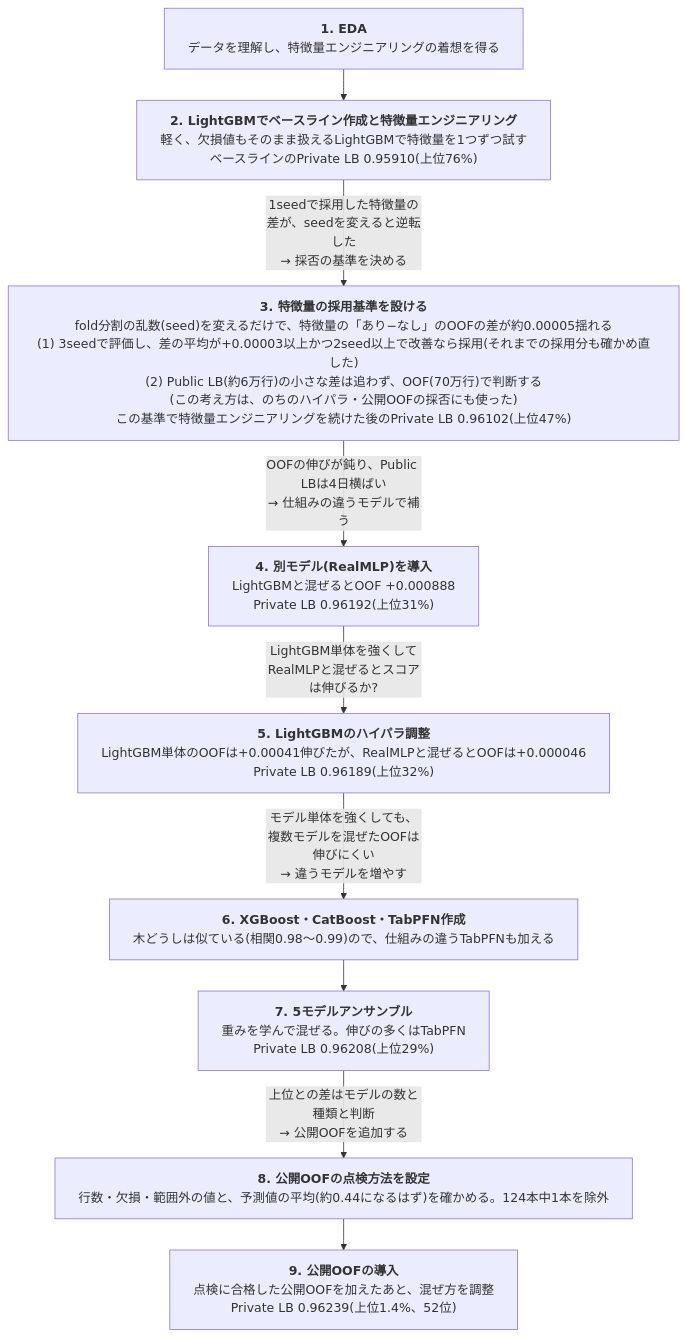
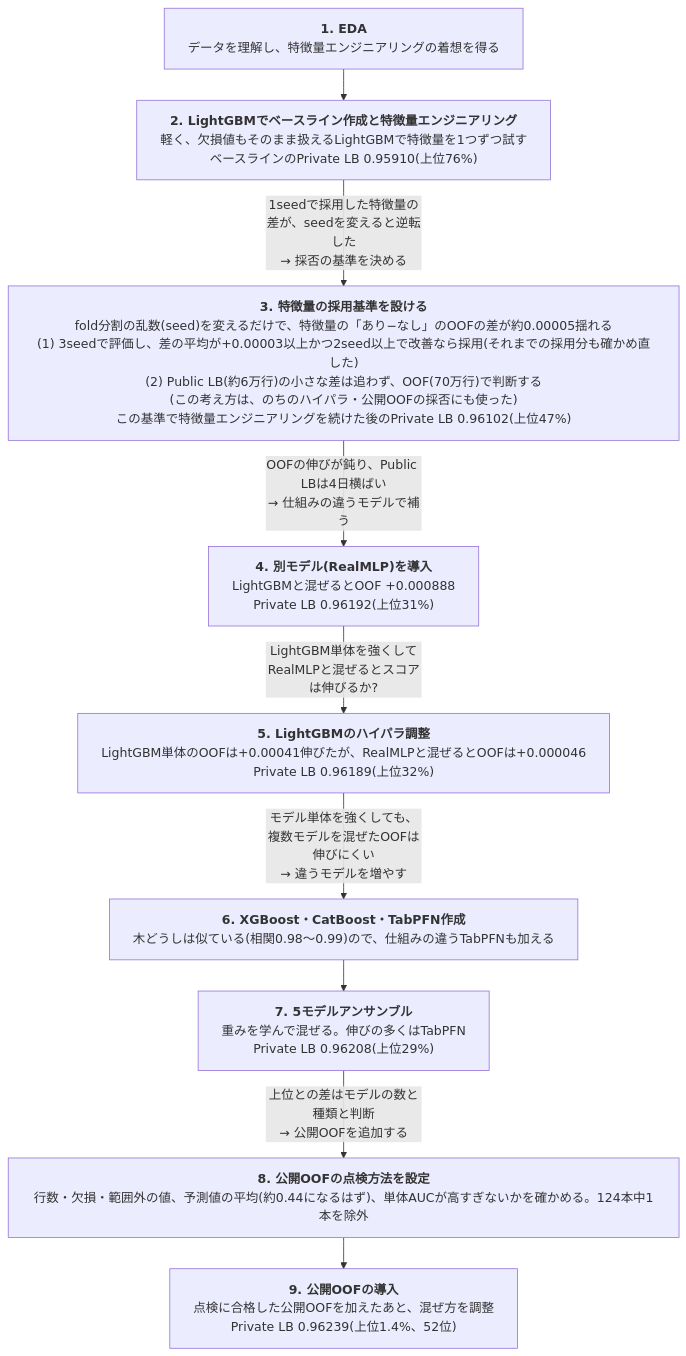
The first of 3 diagrams in README.md (aramaki5443-art/kaggle-s6e10-airline-satisfaction), drawn with Mermaid before and after one commit. The commit also changed other lines of this file, not shown here.

First line of the commit message:
README: 単変量AUCを0.743にそろえる、作った特徴量の16個と13種類の関係を明記、9の節の図を自分の4種類に、7の節の施策に試した理由を付けて9の節と同じ形に、点検の図に単体AUCの確認を追加

````diff
--- a/README.md
+++ b/README.md
@@ -21,25 +21,25 @@
 ```mermaid
 ---
 config:
   flowchart:
     wrappingWidth: 800
     rankSpacing: 40
 ---
 flowchart TD
   S1["<b>1. EDA</b><br>データを理解し、特徴量エンジニアリングの着想を得る"]
   S2["<b>2. LightGBMでベースライン作成と特徴量エンジニアリング</b><br>軽く、欠損値もそのまま扱えるLightGBMで特徴量を1つずつ試す<br>ベースラインのPrivate LB 0.95910(上位76%)"]
   SC["<b>3. 特徴量の採用基準を設ける</b><br>fold分割の乱数(seed)を変えるだけで、特徴量の「あり−なし」のOOFの差が約0.00005揺れる<br>(1) 3seedで評価し、差の平均が+0.00003以上かつ2seed以上で改善なら採用(それまでの採用分も確かめ直した)<br>(2) Public LB(約6万行)の小さな差は追わず、OOF(70万行)で判断する<br>(この考え方は、のちのハイパラ・公開OOFの採否にも使った)<br>この基準で特徴量エンジニアリングを続けた後のPrivate LB 0.96102(上位47%)"]
   S3["<b>4. 別モデル(RealMLP)を導入</b><br>LightGBMと混ぜるとOOF +0.000888<br>Private LB 0.96192(上位31%)"]
   S4["<b>5. LightGBMのハイパラ調整</b><br>LightGBM単体のOOFは+0.00041伸びたが、RealMLPと混ぜるとOOFは+0.000046<br>Private LB 0.96189(上位32%)"]
   S5["<b>6. XGBoost・CatBoost・TabPFN作成</b><br>木どうしは似ている(相関0.98〜0.99)ので、仕組みの違うTabPFNも加える"]
   S6["<b>7. 5モデルアンサンブル</b><br>重みを学んで混ぜる。伸びの多くはTabPFN<br>Private LB 0.96208(上位29%)"]
-  SK["<b>8. 公開OOFの点検方法を設定</b><br>行数・欠損・範囲外の値と、予測値の平均(約0.44になるはず)を確かめる。124本中1本を除外"]
+  SK["<b>8. 公開OOFの点検方法を設定</b><br>行数・欠損・範囲外の値、予測値の平均(約0.44になるはず)、単体AUCが高すぎないかを確かめる。124本中1本を除外"]
   S7["<b>9. 公開OOFの導入</b><br>点検に合格した公開OOFを加えたあと、混ぜ方を調整<br>Private LB 0.96239(上位1.4%、52位)"]
   S1 --> S2
   S2 -->|"1seedで採用した特徴量の差が、seedを変えると逆転した<br>→ 採否の基準を決める"| SC
   SC -->|"OOFの伸びが鈍り、Public LBは4日横ばい<br>→ 仕組みの違うモデルで補う"| S3
   S3 -->|"LightGBM単体を強くしてRealMLPと混ぜるとスコアは伸びるか?"| S4
   S4 -->|"モデル単体を強くしても、複数モデルを混ぜたOOFは伸びにくい<br>→ 違うモデルを増やす"| S5
   S5 --> S6
   S6 -->|"上位との差はモデルの数と種類と判断<br>→ 公開OOFを追加する"| SK --> S7
 ```
````
